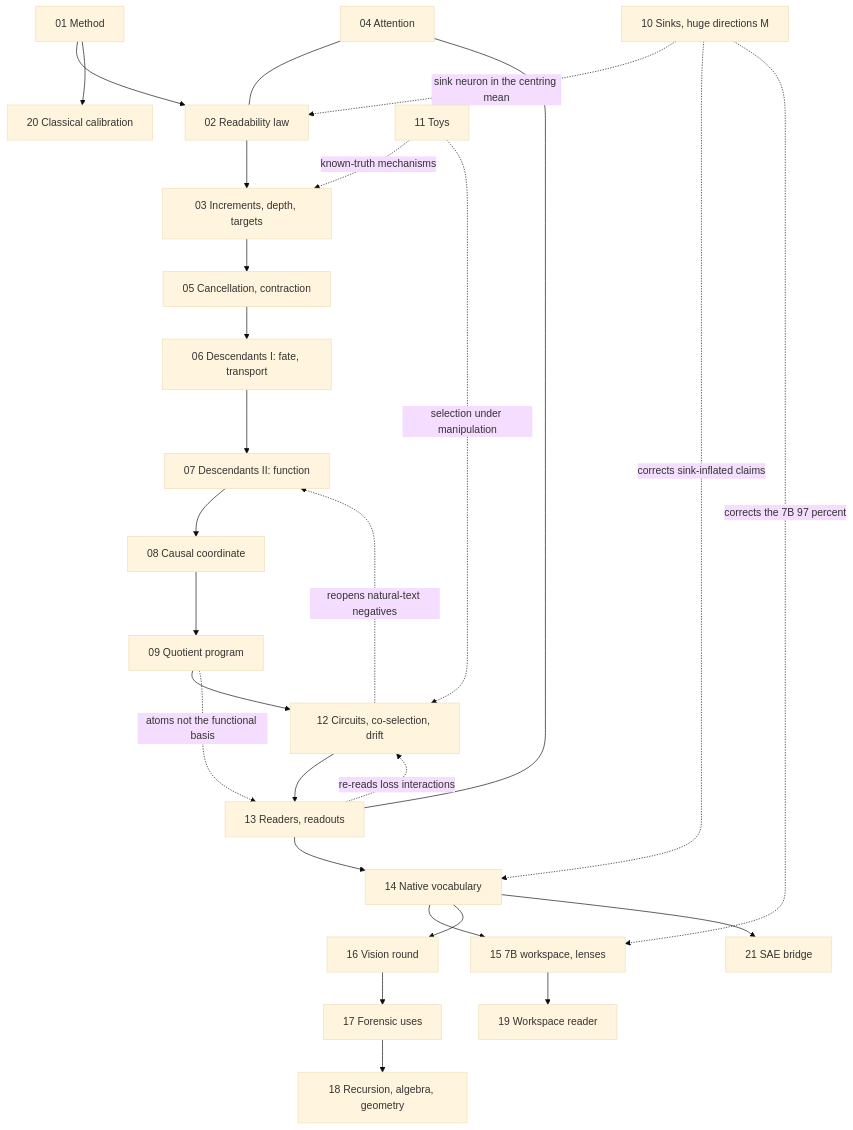
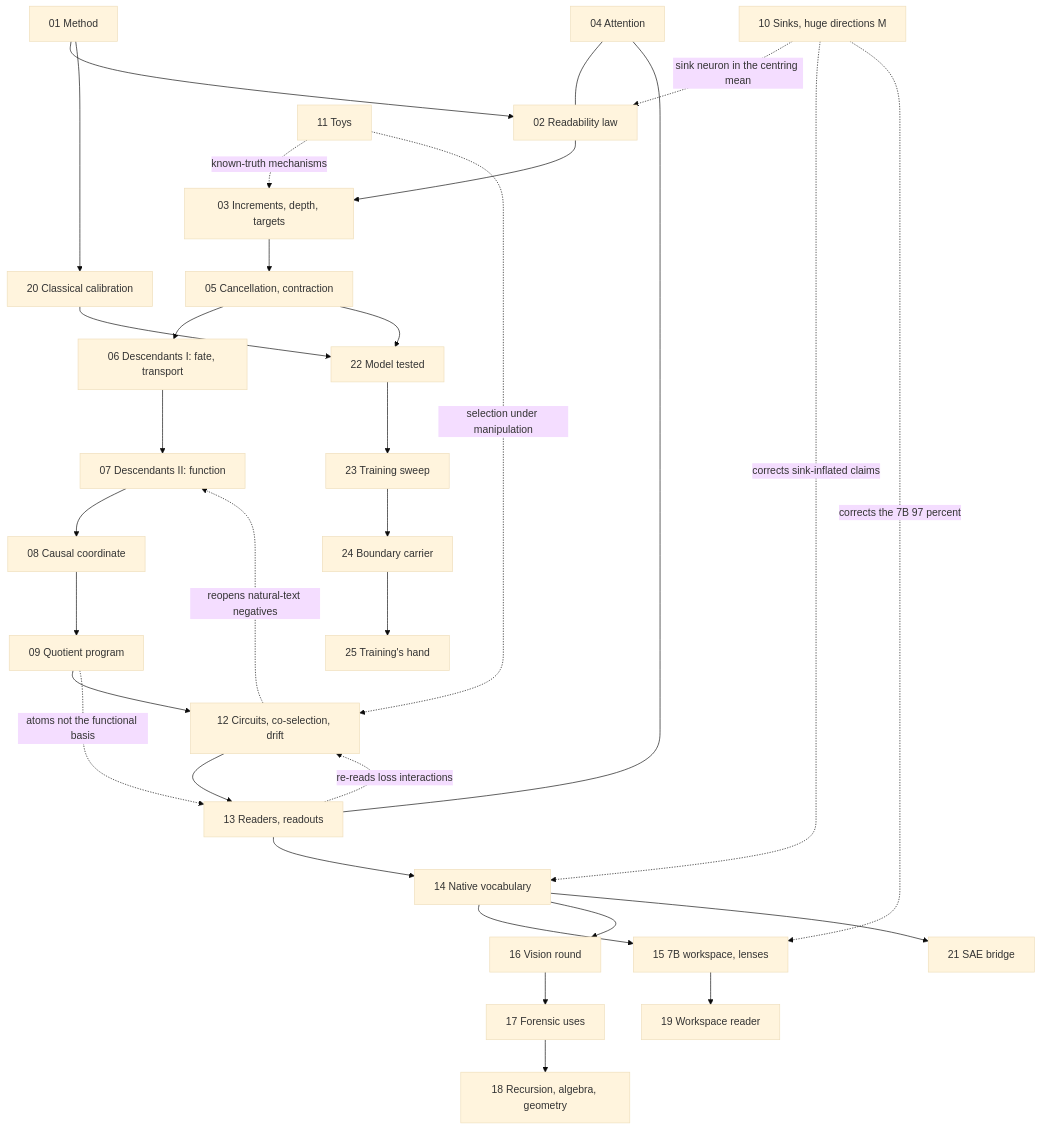
Before and after one commit to sunmoonron/wdd-descendants: the diagram in README.md, drawn with Mermaid (base theme). The commit also changed other lines of this file and 31 other files, not shown here.

````diff
--- a/README.md
+++ b/README.md
@@ -44,30 +45,35 @@
 ```mermaid
 flowchart TD
   A01["01 Method"] --> A02["02 Readability law"]
   A02 --> A03["03 Increments, depth, targets"]
   A03 --> A05["05 Cancellation, contraction"]
   A05 --> A06["06 Descendants I: fate, transport"]
   A06 --> A07["07 Descendants II: function"]
   A07 --> A08["08 Causal coordinate"]
   A08 --> A09["09 Quotient program"]
   A09 --> A12["12 Circuits, co-selection, drift"]
   A12 --> A13["13 Readers, readouts"]
   A13 --> A14["14 Native vocabulary"]
   A14 --> A15["15 7B workspace, lenses"]
   A14 --> A16["16 Vision round"]
   A16 --> A17["17 Forensic uses"]
   A17 --> A18["18 Recursion, algebra, geometry"]
   A15 --> A19["19 Workspace reader"]
   A01 --> A20["20 Classical calibration"]
   A14 --> A21["21 SAE bridge"]
+  A20 --> A22["22 Model tested"]
+  A22 --> A23["23 Training sweep"]
+  A23 --> A24["24 Boundary carrier"]
+  A24 --> A25["25 Training's hand"]
+  A05 --> A22
   A04["04 Attention"] --- A02
   A04 --- A13
   A10["10 Sinks, huge directions M"] -.->|sink neuron in the centring mean| A02
   A10 -.->|corrects sink-inflated claims| A14
   A10 -.->|corrects the 7B 97 percent| A15
   A11["11 Toys"] -.->|known-truth mechanisms| A03
   A11 -.->|selection under manipulation| A12
   A12 -.->|reopens natural-text negatives| A07
   A13 -.->|re-reads loss interactions| A12
   A09 -.->|atoms not the functional basis| A13
 ```
````
